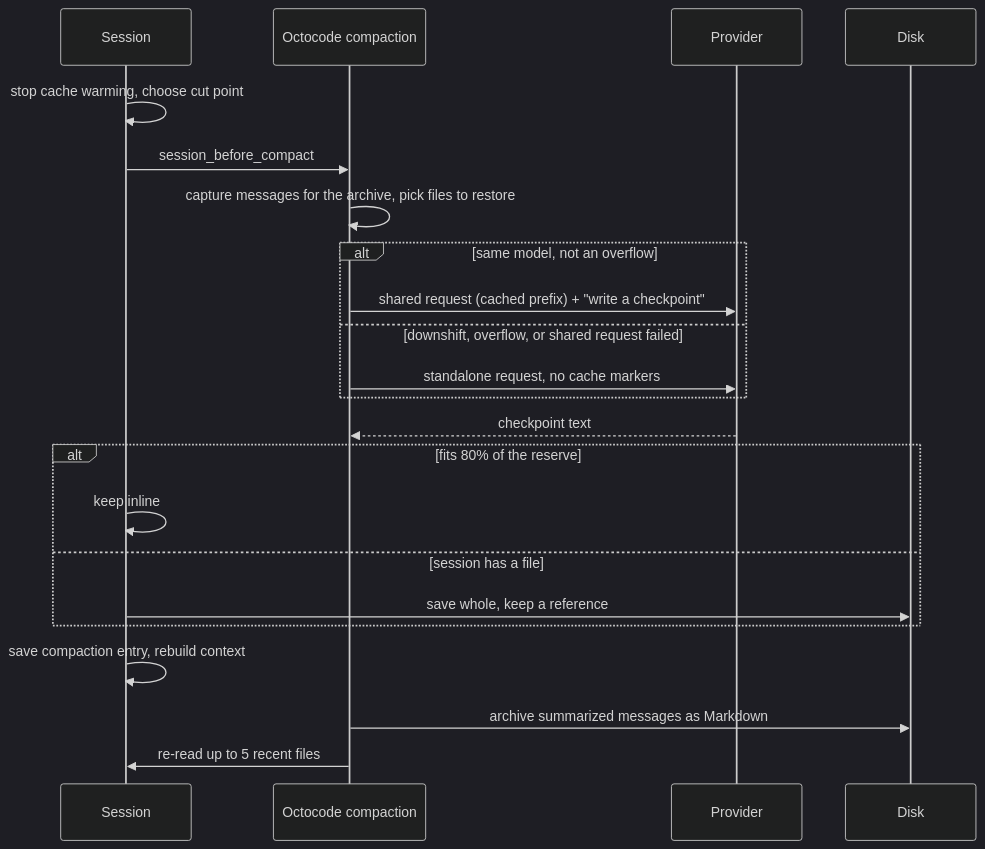
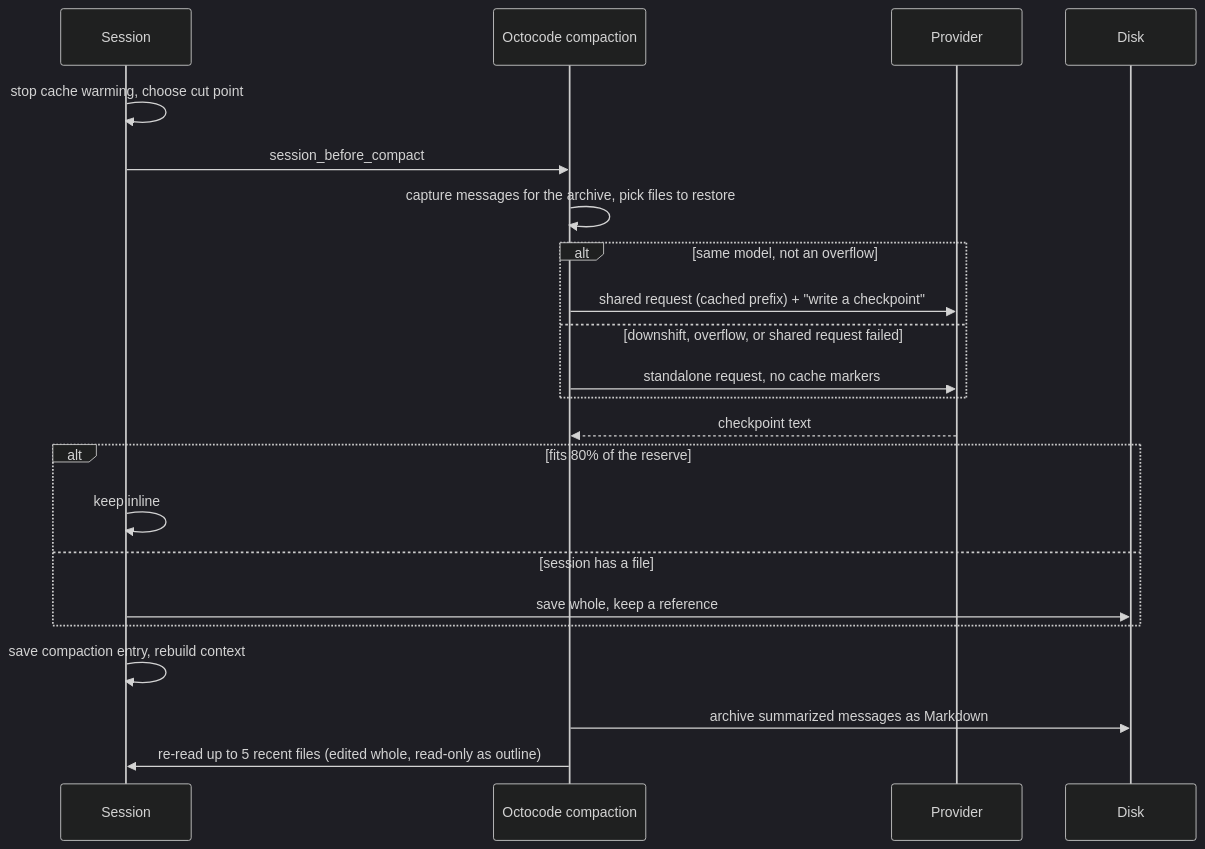
One commit to bgauryy/octocode-coding-agent changed the second of 2 diagrams in docs/CONTEXT.md. Above: the diagram before and after it, drawn with Mermaid (dark theme). The commit also changed other lines of this file and 2785 other files, not shown here.

````diff
--- a/docs/CONTEXT.md
+++ b/docs/CONTEXT.md
@@ -110,24 +110,24 @@
 ```mermaid
 sequenceDiagram
     participant S as Session
     participant X as Octocode compaction
     participant P as Provider
     participant D as Disk
     S->>S: stop cache warming, choose cut point
     S->>X: session_before_compact
     X->>X: capture messages for the archive, pick files to restore
     alt same model, not an overflow
         X->>P: shared request (cached prefix) + "write a checkpoint"
     else downshift, overflow, or shared request failed
         X->>P: standalone request, no cache markers
     end
     P-->>X: checkpoint text
     alt fits 80% of the reserve
         S->>S: keep inline
     else session has a file
         S->>D: save whole, keep a reference
     end
     S->>S: save compaction entry, rebuild context
     X->>D: archive summarized messages as Markdown
-    X->>S: re-read up to 5 recent files
+    X->>S: re-read up to 5 recent files (edited whole, read-only as outline)
 ```
````
